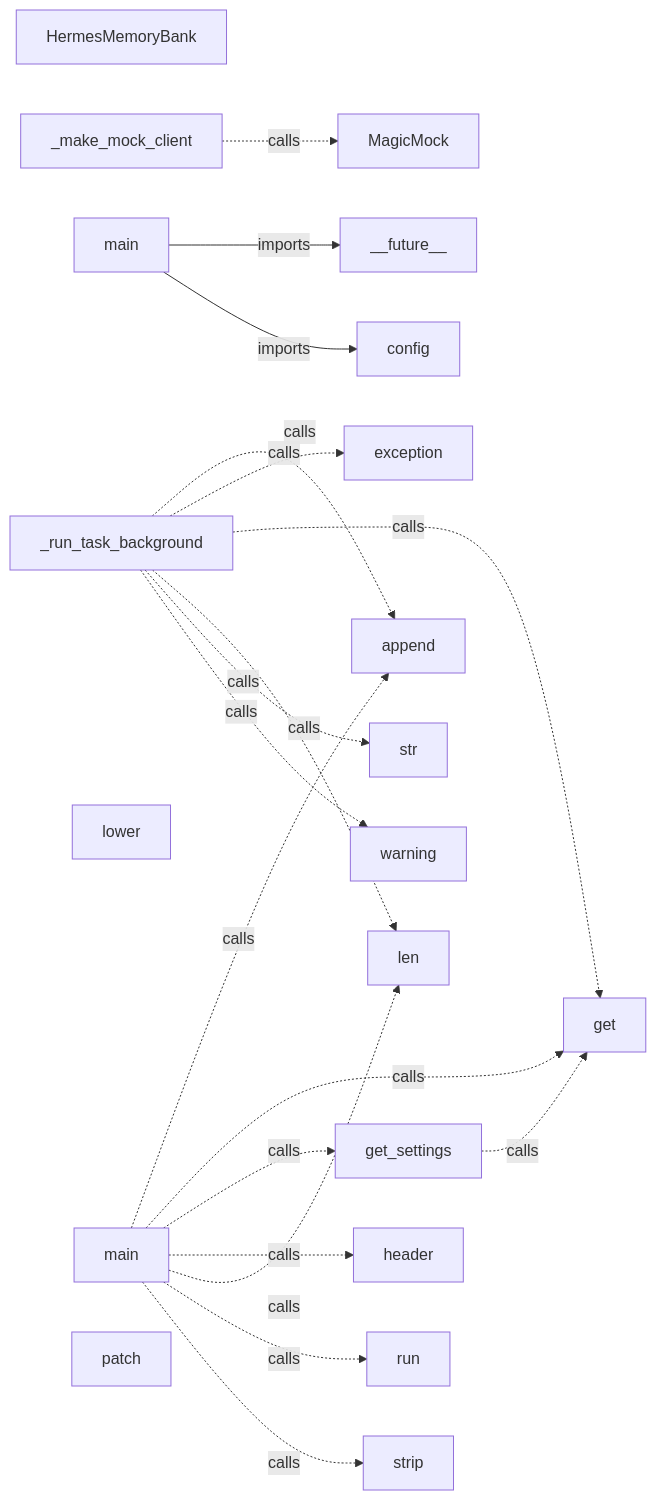
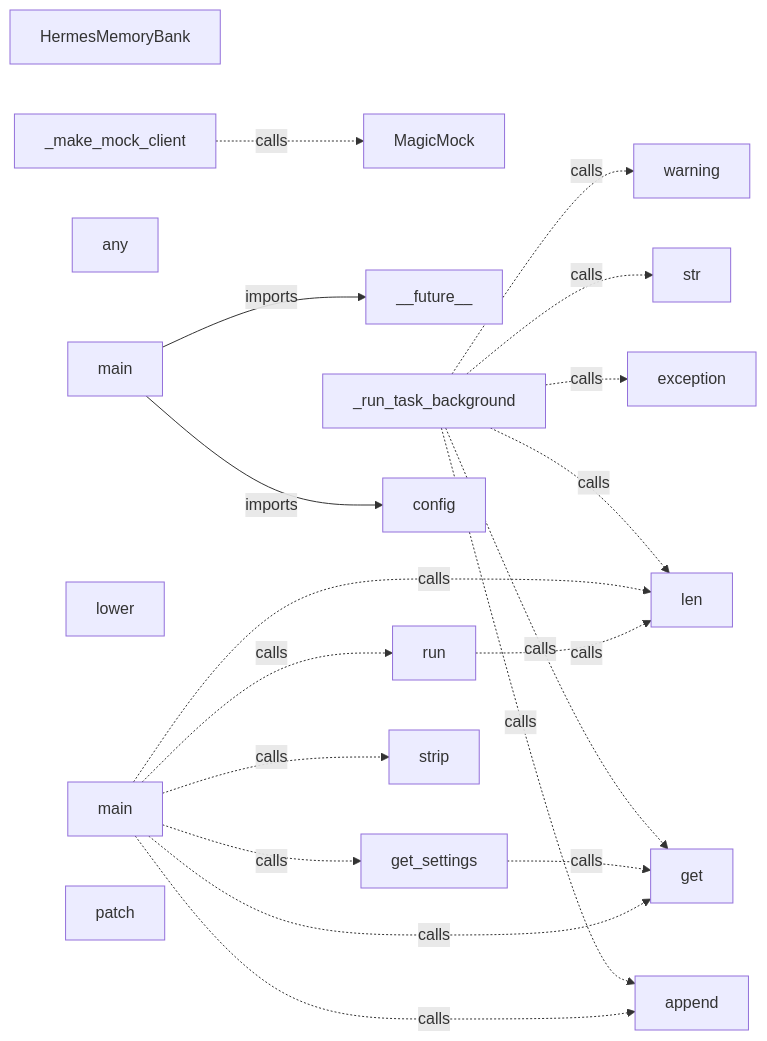
Before and after one commit to unrealandychan/gcp-hermes-agnet: the diagram in .rekipedia/diagrams/module-graph.md, drawn with Mermaid. The commit also changed 15 other files, not shown here.

````diff
--- a/.rekipedia/diagrams/module-graph.md
+++ b/.rekipedia/diagrams/module-graph.md
@@ -1,42 +1,42 @@
 ```mermaid
 flowchart LR
   HermesMemoryBank["HermesMemoryBank"]
   MagicMock["MagicMock"]
   __future__["__future__"]
   _make_mock_client["_make_mock_client"]
   _run_task_background["_run_task_background"]
+  any["any"]
   append["append"]
   config["config"]
   exception["exception"]
   gateway_main["main"]
   get["get"]
   get_settings["get_settings"]
-  header["header"]
   len["len"]
   lower["lower"]
   main["main"]
   patch["patch"]
   run["run"]
   str["str"]
   strip["strip"]
   warning["warning"]
 
   gateway_main -->|imports| __future__
   gateway_main -->|imports| config
   _make_mock_client -.->|calls| MagicMock
   _run_task_background -.->|calls| append
   _run_task_background -.->|calls| exception
   _run_task_background -.->|calls| get
   _run_task_background -.->|calls| len
   _run_task_background -.->|calls| str
   _run_task_background -.->|calls| warning
   get_settings -.->|calls| get
   main -.->|calls| append
   main -.->|calls| get
   main -.->|calls| get_settings
-  main -.->|calls| header
   main -.->|calls| len
   main -.->|calls| run
   main -.->|calls| strip
+  run -.->|calls| len
 
 ```
````
